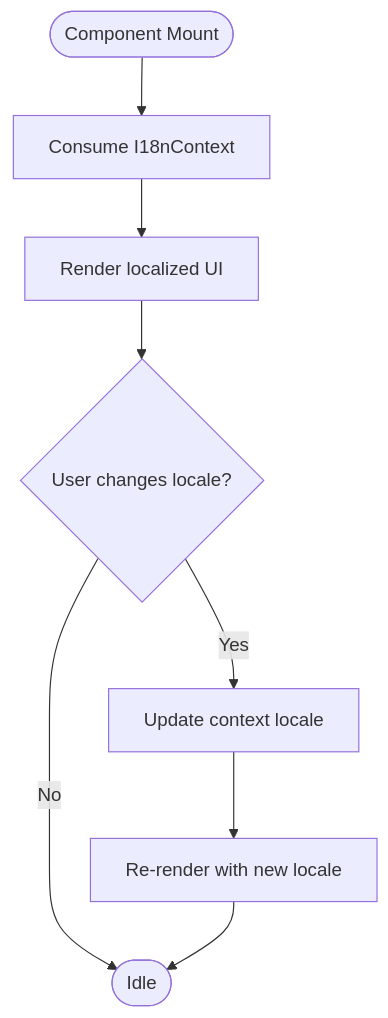
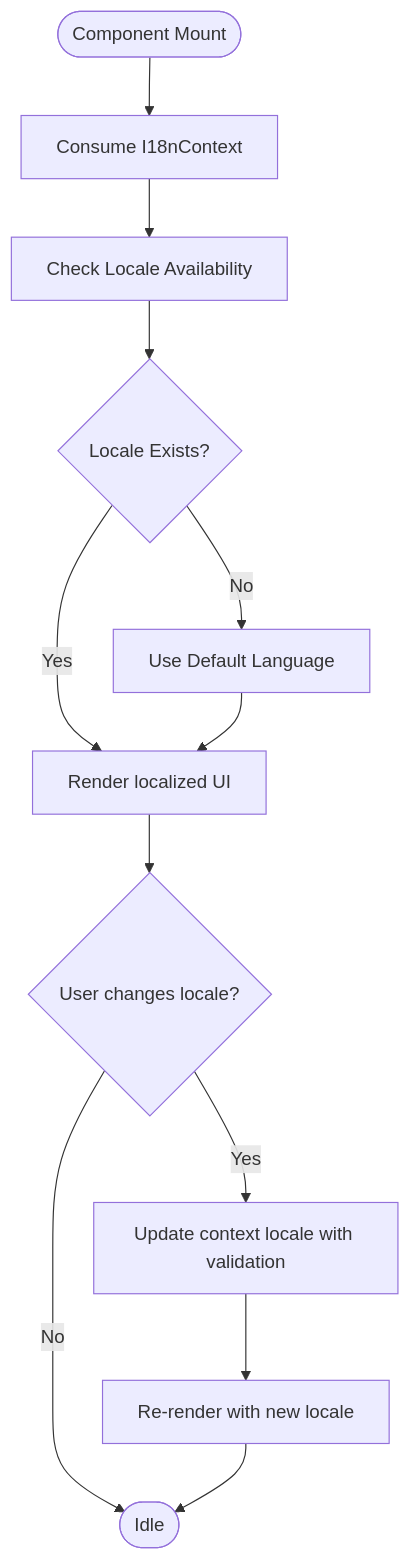
One commit to zmyeo54/briefroom changed the seventh of 9 diagrams in .qoder/repowiki/en/content/Architecture Overview/Architecture Overview.md. Above: the diagram before and after it, drawn with Mermaid. The commit also changed other lines of this file and 7 other files, not shown here.

````diff
--- a/.qoder/repowiki/en/content/Architecture Overview/Architecture Overview.md
+++ b/.qoder/repowiki/en/content/Architecture Overview/Architecture Overview.md
@@ -268,10 +375,14 @@
 ```mermaid
 flowchart TD
 Start(["Component Mount"]) --> Consume["Consume I18nContext"]
-Consume --> Render["Render localized UI"]
+Consume --> CheckLocale["Check Locale Availability"]
+CheckLocale --> LocaleExists{"Locale Exists?"}
+LocaleExists --> |Yes| Render["Render localized UI"]
+LocaleExists --> |No| UseFallback["Use Default Language"]
+UseFallback --> Render
 Render --> Change{"User changes locale?"}
-Change --> |Yes| Update["Update context locale"]
+Change --> |Yes| Update["Update context locale with validation"]
 Update --> Re-render["Re-render with new locale"]
 Change --> |No| End(["Idle"])
 Re-render --> End
 ```
````
